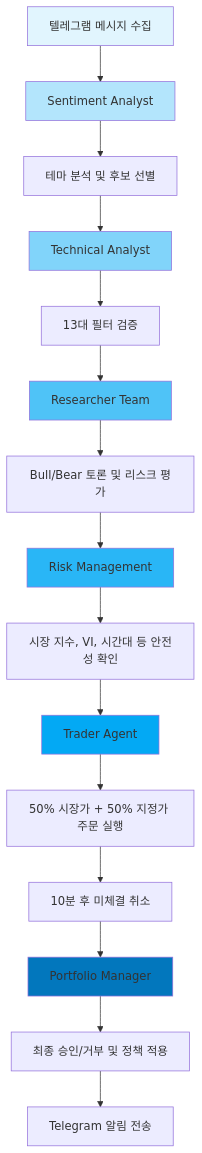
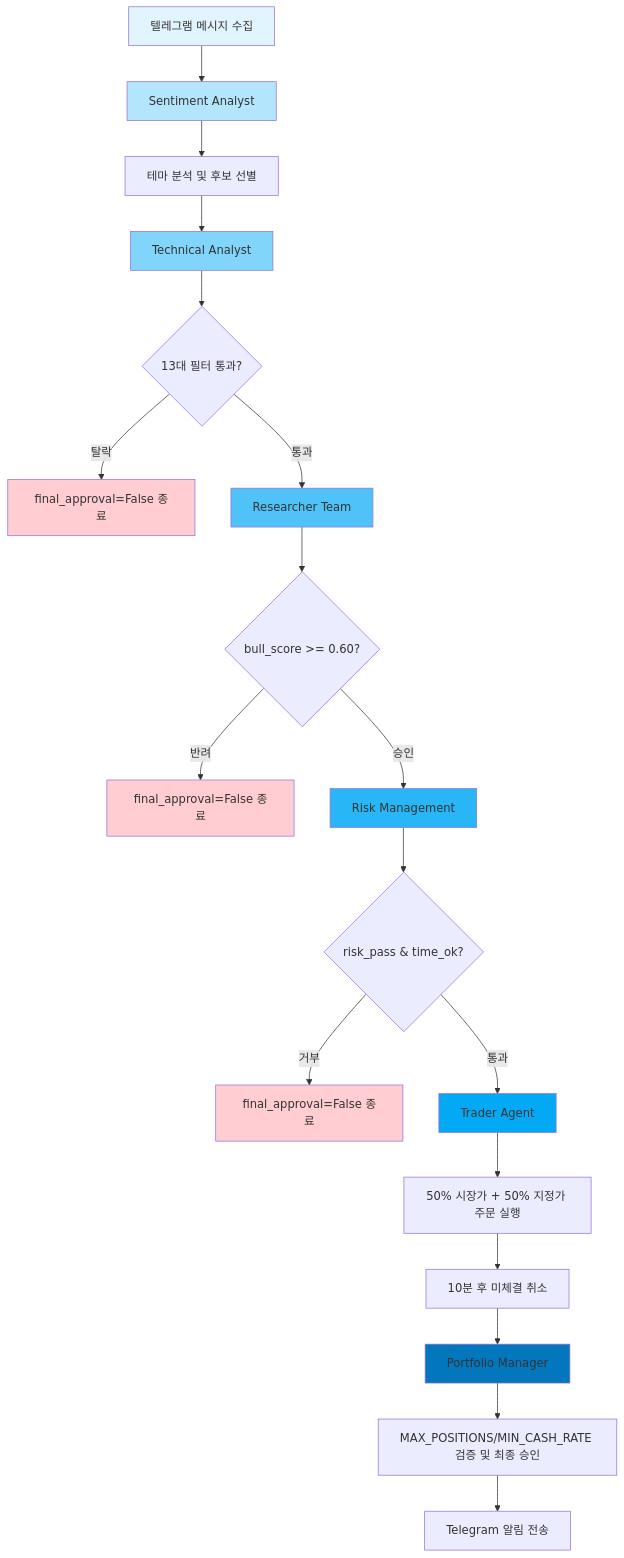
Before and after one commit to jangyup-cmyk/JY_Investing: the diagram in docs/agent_flow_diagram.md, drawn with Mermaid. The commit also changed other lines of this file and 21 other files, not shown here.

````diff
--- a/docs/agent_flow_diagram.md
+++ b/docs/agent_flow_diagram.md
@@ -9,25 +9,31 @@
 ```mermaid
 graph TD
     A[텔레그램 메시지 수집] --> B[Sentiment Analyst]
     B --> C[테마 분석 및 후보 선별]
     C --> D[Technical Analyst]
-    D --> E[13대 필터 검증]
-    E --> F[Researcher Team]
-    F --> G[Bull/Bear 토론 및 리스크 평가]
-    G --> H[Risk Management]
-    H --> I[시장 지수, VI, 시간대 등 안전성 확인]
-    I --> J[Trader Agent]
+    D --> E{13대 필터 통과?}
+    E -- 탈락 --> Z1[final_approval=False 종료]
+    E -- 통과 --> F[Researcher Team]
+    F --> G{bull_score >= 0.60?}
+    G -- 반려 --> Z2[final_approval=False 종료]
+    G -- 승인 --> H[Risk Management]
+    H --> I{risk_pass & time_ok?}
+    I -- 거부 --> Z3[final_approval=False 종료]
+    I -- 통과 --> J[Trader Agent]
     J --> K[50% 시장가 + 50% 지정가 주문 실행]
     K --> L[10분 후 미체결 취소]
     L --> M[Portfolio Manager]
-    M --> N[최종 승인/거부 및 정책 적용]
+    M --> N[MAX_POSITIONS/MIN_CASH_RATE 검증 및 최종 승인]
     N --> O[Telegram 알림 전송]
 
     style A fill:#e1f5fe
     style B fill:#b3e5fc
     style D fill:#81d4fa
     style F fill:#4fc3f7
     style H fill:#29b6f6
     style J fill:#03a9f4
     style M fill:#0277bd
+    style Z1 fill:#ffcdd2
+    style Z2 fill:#ffcdd2
+    style Z3 fill:#ffcdd2
 ```
````
